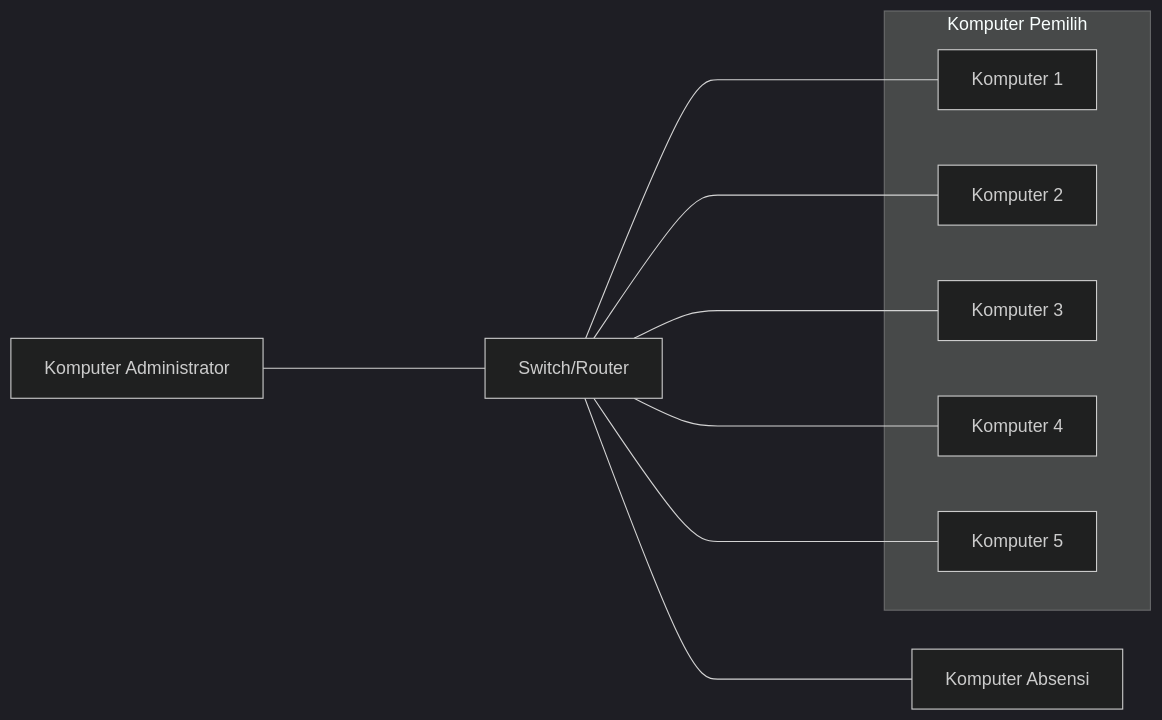
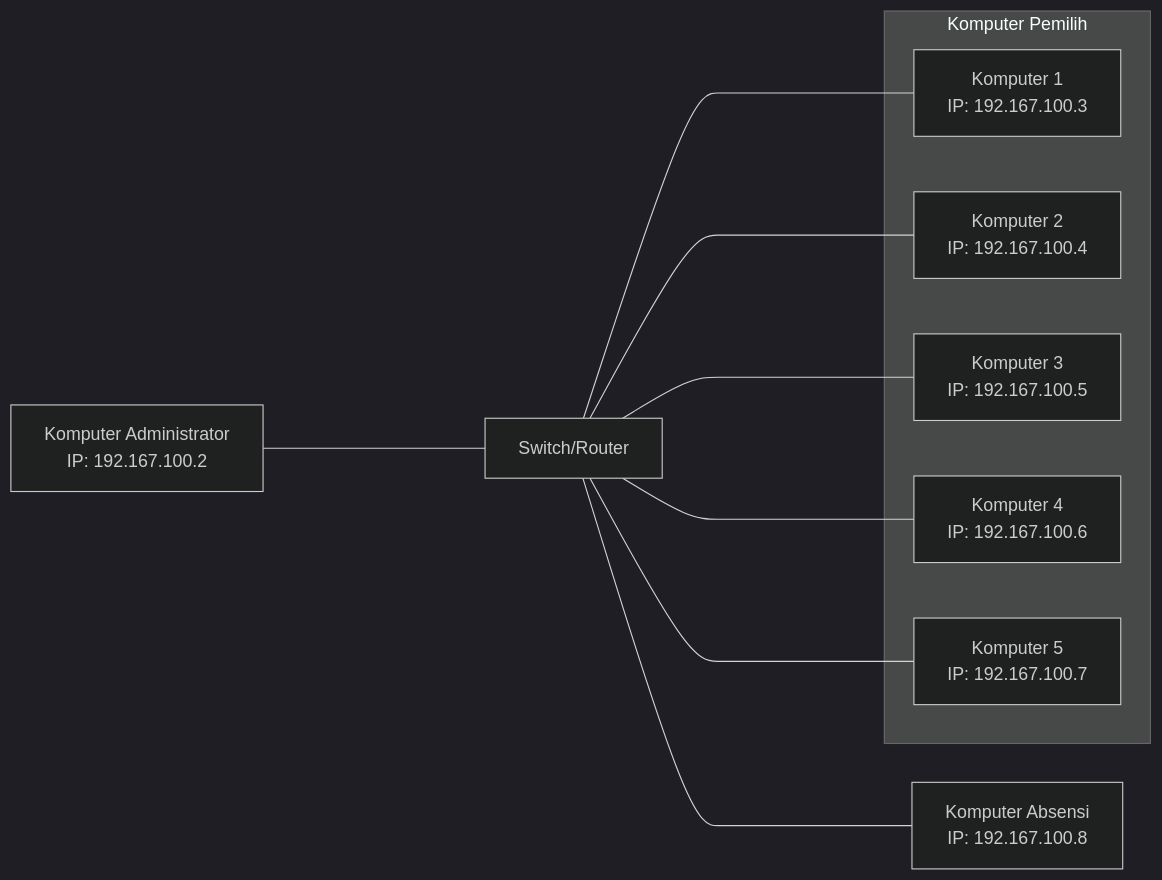
One commit to sora-vp/baseline changed the diagram in README.md. Above: the diagram before and after it, drawn with Mermaid (dark theme). The commit also changed other lines of this file and 1 other file, not shown here.

````diff
--- a/README.md
+++ b/README.md
@@ -237,25 +153,25 @@
 ```mermaid
 graph LR
-   A[Komputer Administrator]
-   B[Switch/Router]
+   A[Komputer Administrator<br />IP: 192.167.100.2]
+   B[Switch/Router<br />]
 
    subgraph Komputer Pemilih
-   C[Komputer 1]
-   D[Komputer 2]
-   E[Komputer 3]
-   F[Komputer 4]
-   G[Komputer 5]
+   C[Komputer 1<br />IP: 192.167.100.3]
+   D[Komputer 2<br />IP: 192.167.100.4]
+   E[Komputer 3<br />IP: 192.167.100.5]
+   F[Komputer 4<br />IP: 192.167.100.6]
+   G[Komputer 5<br />IP: 192.167.100.7]
    end
 
-   H[Komputer Absensi]
+   H[Komputer Absensi<br />IP: 192.167.100.8]
 
    A ------ B
 
    B ------ C
    B ------ D
    B ------ E
    B ------ F
    B ------ G
 
    B ------ H
 ```
````
